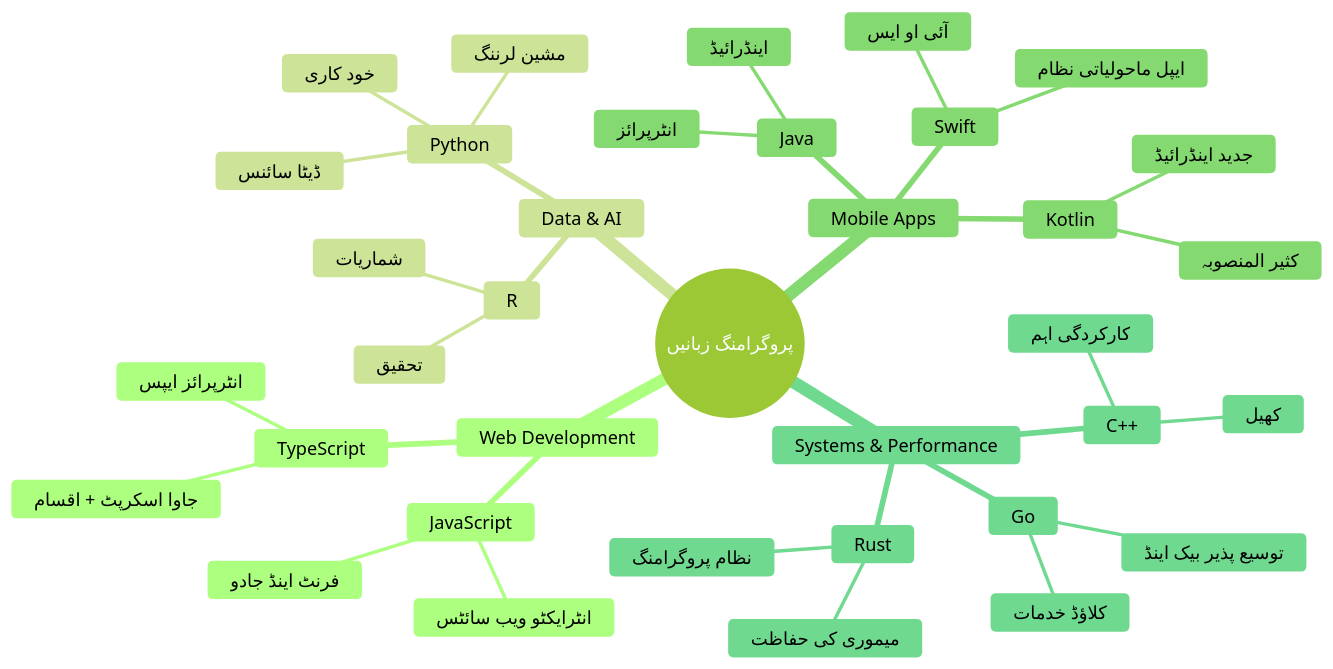
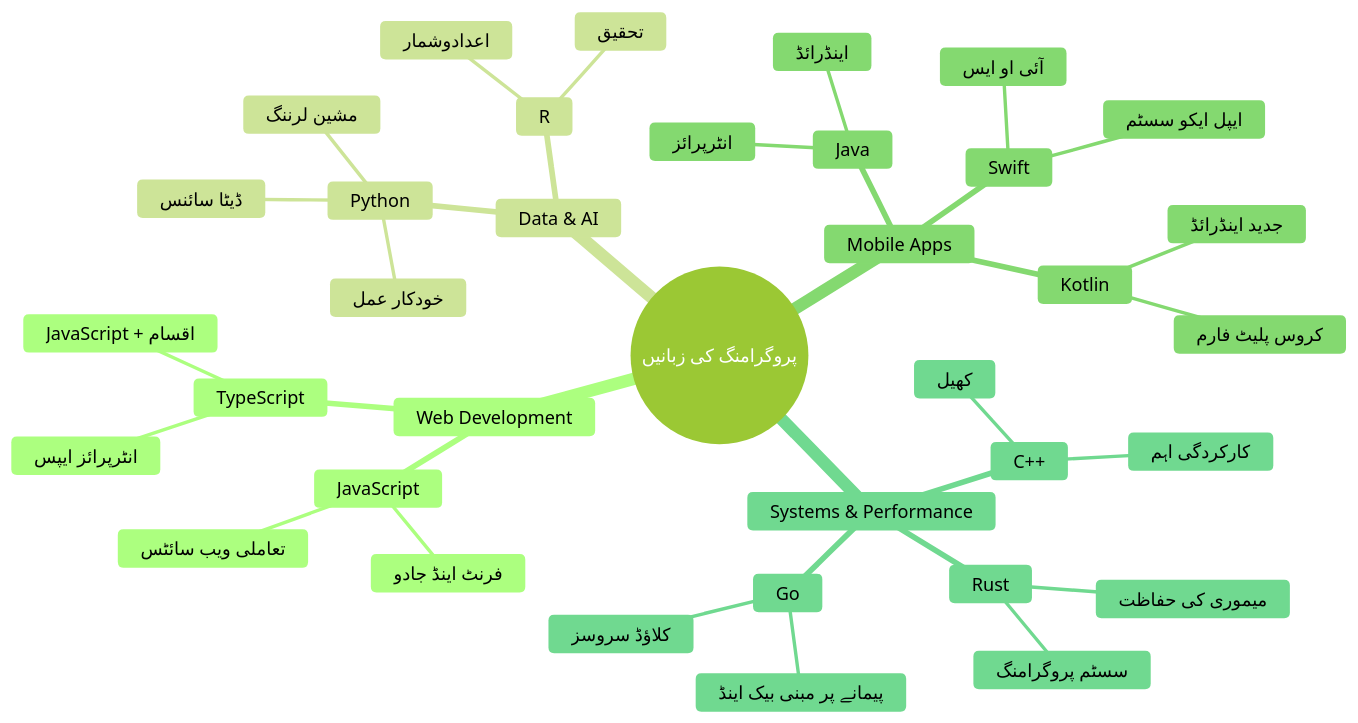
The second of 7 diagrams in translations/ur/1-getting-started-lessons/1-intro-to-programming-languages/README.md (microsoft/Web-Dev-For-Beginners), drawn with Mermaid (forest theme) before and after one commit. The commit also changed other lines of this file and 8 other files, not shown here.

````diff
--- a/translations/ur/1-getting-started-lessons/1-intro-to-programming-languages/README.md
+++ b/translations/ur/1-getting-started-lessons/1-intro-to-programming-languages/README.md
@@ -85,39 +85,39 @@
 ```mermaid
 mindmap
-  root((پروگرامنگ زبانیں))
+  root((پروگرامنگ کی زبانیں))
     Web Development
       JavaScript
         فرنٹ اینڈ جادو
-        انٹرایکٹو ویب سائٹس
+        تعاملی ویب سائٹس
       TypeScript
-        جاوا اسکرپٹ + اقسام
+        JavaScript + اقسام
         انٹرپرائز ایپس
     Data & AI
       Python
         ڈیٹا سائنس
         مشین لرننگ
-        خود کاری
+        خودکار عمل
       R
-        شماریات
+        اعدادوشمار
         تحقیق
     Mobile Apps
       Java
-        اینڈرائیڈ
+        اینڈرائڈ
         انٹرپرائز
       Swift
         آئی او ایس
-        ایپل ماحولیاتی نظام
+        ایپل ایکو سسٹم
       Kotlin
-        جدید اینڈرائیڈ
-        کثیر المنصوبہ
+        جدید اینڈرائڈ
+        کروس پلیٹ فارم
     Systems & Performance
       C++
         کھیل
         کارکردگی اہم
       Rust
         میموری کی حفاظت
-        نظام پروگرامنگ
+        سسٹم پروگرامنگ
       Go
-        کلاؤڈ خدمات
-        توسیع پذیر بیک اینڈ
+        کلاؤڈ سروسز
+        پیمانے پر مبنی بیک اینڈ
 ```
````
